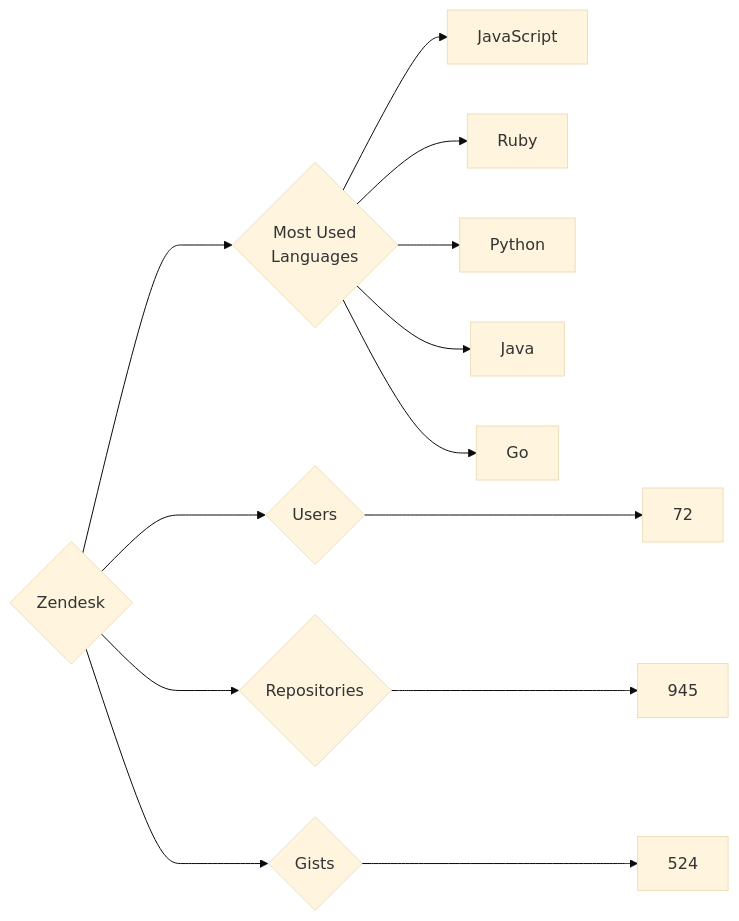
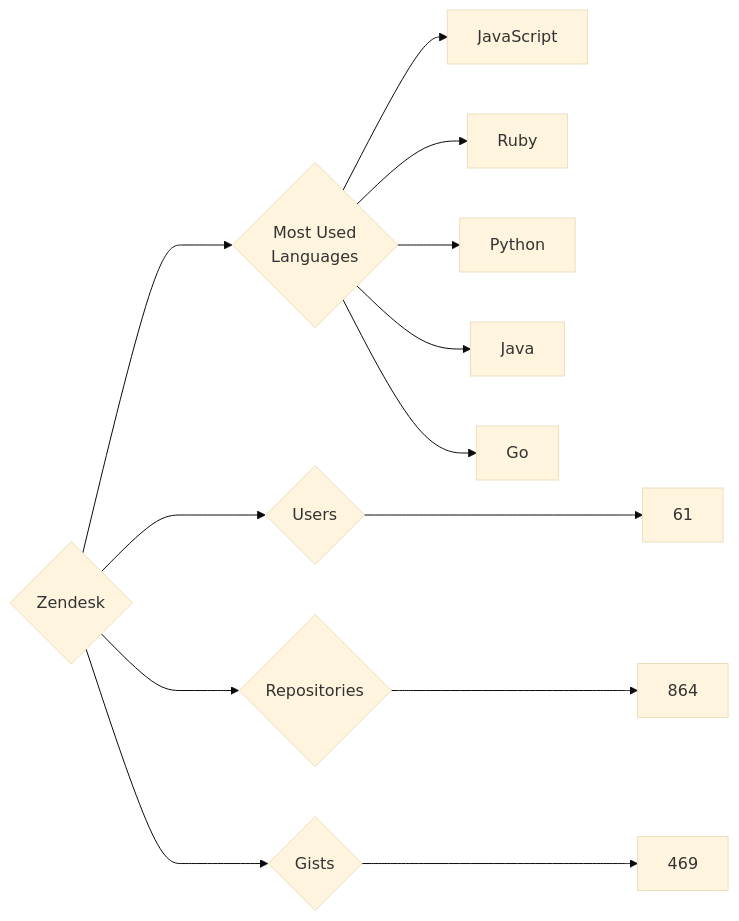
The diagram in targets/Zendesk/README.md (trickest/insiders), drawn with Mermaid (base theme) before and after one commit. The commit also changed 1011 other files, not shown here.

````diff
--- a/targets/Zendesk/README.md
+++ b/targets/Zendesk/README.md
@@ -3,13 +3,13 @@
 ```mermaid
 graph LR
 COMPANY_NAME{Zendesk}
-COMPANY_NAME ---> U{Users} ---> UN[72]
-COMPANY_NAME ---> R{Repositories} ---> RN[945]
-COMPANY_NAME ---> G{Gists} ---> GN[524]
+COMPANY_NAME ---> U{Users} ---> UN[61]
+COMPANY_NAME ---> R{Repositories} ---> RN[864]
+COMPANY_NAME ---> G{Gists} ---> GN[469]
 COMPANY_NAME ---> ML{Most Used<br>Languages}
 ML --> JavaScript[JavaScript]
 ML --> Ruby[Ruby]
 ML --> Python[Python]
 ML --> Java[Java]
 ML --> Go[Go]
 ```
````
